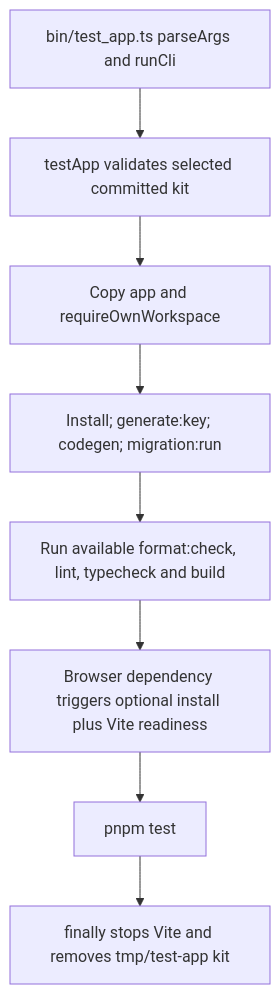
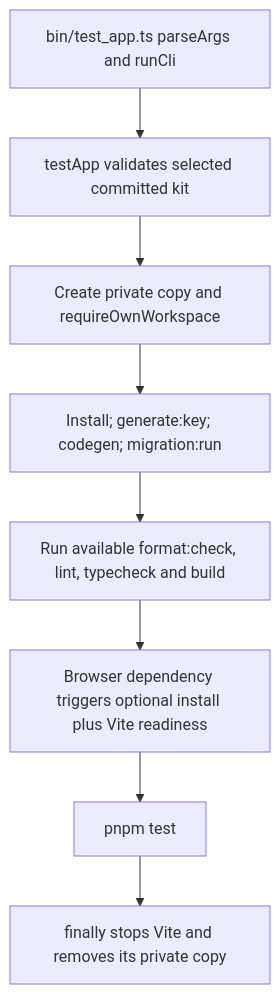
Before and after one commit to Kevinjohn/oss-adonisjs-starter-examples: the second of 2 diagrams in user-stories/operations/us-ops-05-test-kit.md, drawn with Mermaid. The commit also changed other lines of this file, not shown here.

Commit message:
Document starter check ownership and startup deadline

````diff
--- a/user-stories/operations/us-ops-05-test-kit.md
+++ b/user-stories/operations/us-ops-05-test-kit.md
@@ -40,10 +40,10 @@
 ```mermaid
 flowchart TD
     A["bin/test_app.ts parseArgs and runCli"] --> B["testApp validates selected committed kit"]
-    B --> C["Copy app and requireOwnWorkspace"]
+    B --> C["Create private copy and requireOwnWorkspace"]
     C --> D["Install; generate:key; codegen; migration:run"]
     D --> E["Run available format:check, lint, typecheck and build"]
     E --> F["Browser dependency triggers optional install plus Vite readiness"]
     F --> G["pnpm test"]
-    G --> H["finally stops Vite and removes tmp/test-app kit"]
+    G --> H["finally stops Vite and removes its private copy"]
 ```
````
